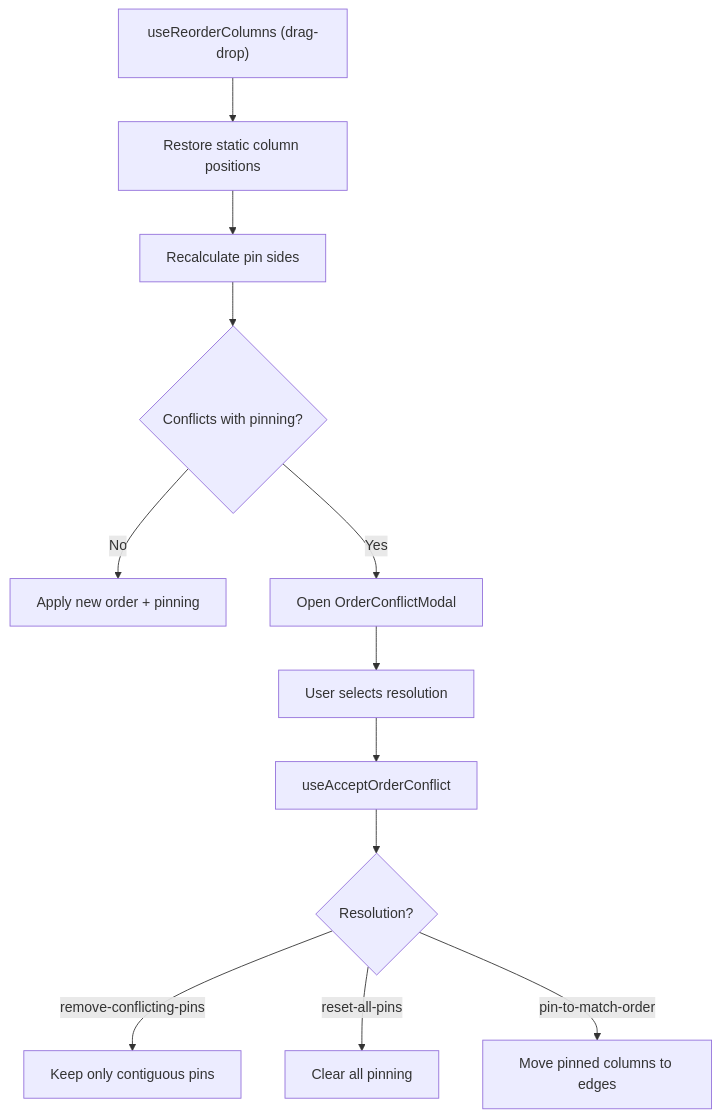
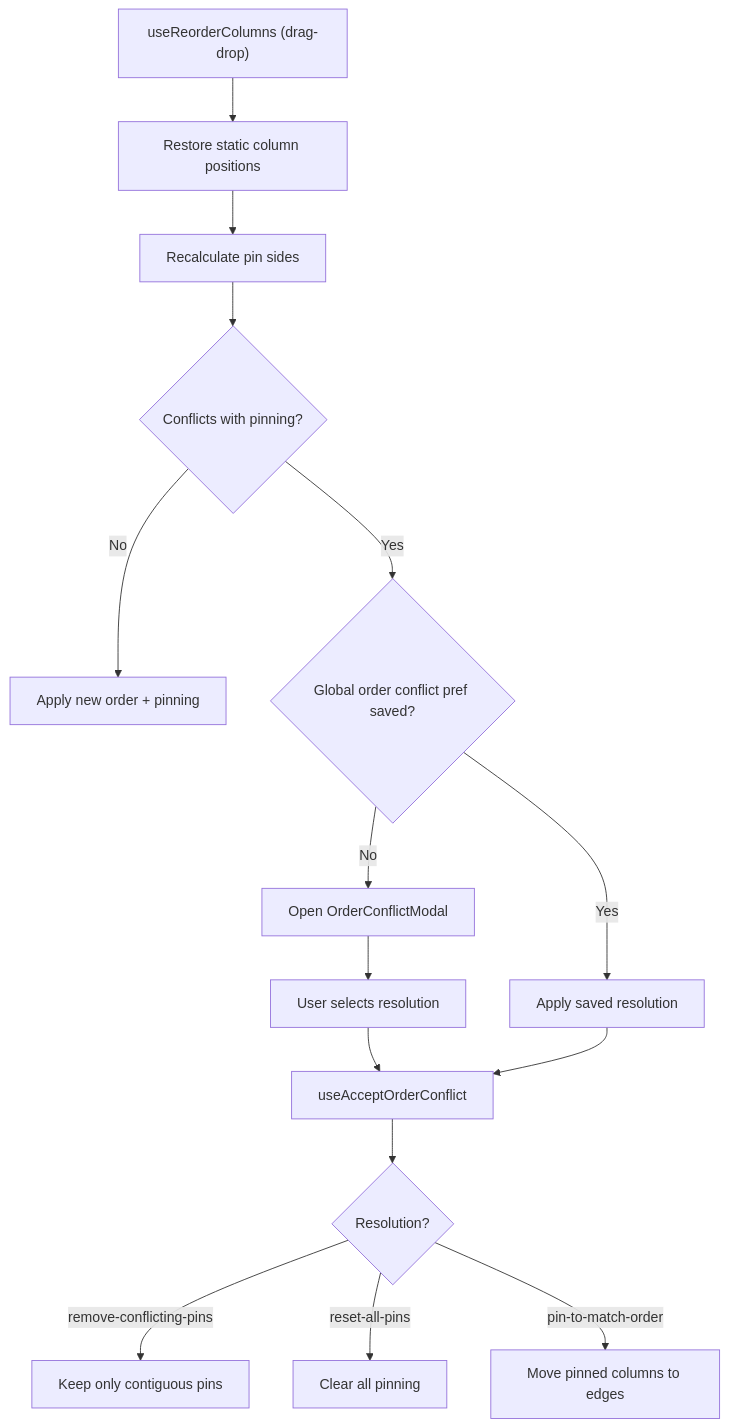
Before and after one commit to luciocabrera/lcabrera-stack: the third of 3 diagrams in apps/react-router/src/components/Table/TableSettingsDrawer/ColumnOrderSection/ColumnOrderSectionContext/ARCHITECTURE.md, drawn with Mermaid. The commit also changed 28 other files, not shown here.

First line of the commit message:
feat: implement order conflict resolution preferences in settings

````diff
--- a/apps/react-router/src/components/Table/TableSettingsDrawer/ColumnOrderSection/ColumnOrderSectionContext/ARCHITECTURE.md
+++ b/apps/react-router/src/components/Table/TableSettingsDrawer/ColumnOrderSection/ColumnOrderSectionContext/ARCHITECTURE.md
@@ -122,15 +122,18 @@
 ```mermaid
 graph TD
   A["useReorderColumns (drag-drop)"] --> B["Restore static column positions"]
   B --> C["Recalculate pin sides"]
   C --> D{"Conflicts with pinning?"}
   D -->|No| E["Apply new order + pinning"]
-  D -->|Yes| F["Open OrderConflictModal"]
+  D -->|Yes| F{"Global order conflict pref saved?"}
+  F -->|No| G["Open OrderConflictModal"]
+  F -->|Yes| H["Apply saved resolution"]
 
-  F --> G["User selects resolution"]
-  G --> H["useAcceptOrderConflict"]
-  H --> I{"Resolution?"}
-  I -->|remove-conflicting-pins| J["Keep only contiguous pins"]
-  I -->|reset-all-pins| K["Clear all pinning"]
-  I -->|pin-to-match-order| L["Move pinned columns to edges"]
+  G --> I["User selects resolution"]
+  I --> J["useAcceptOrderConflict"]
+  H --> J
+  J --> K{"Resolution?"}
+  K -->|remove-conflicting-pins| L["Keep only contiguous pins"]
+  K -->|reset-all-pins| M["Clear all pinning"]
+  K -->|pin-to-match-order| N["Move pinned columns to edges"]
 ```
````
